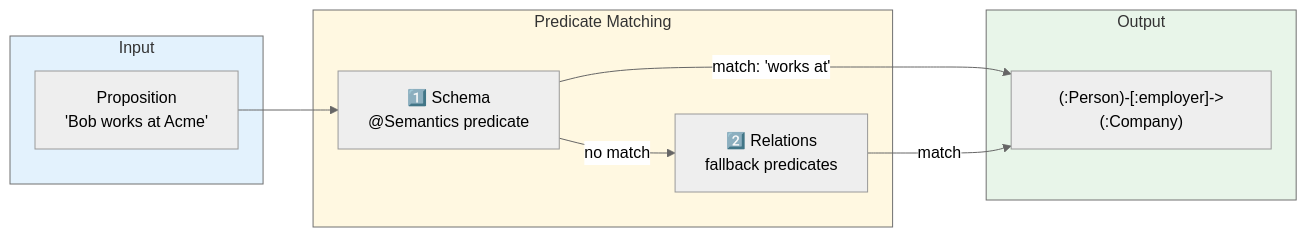
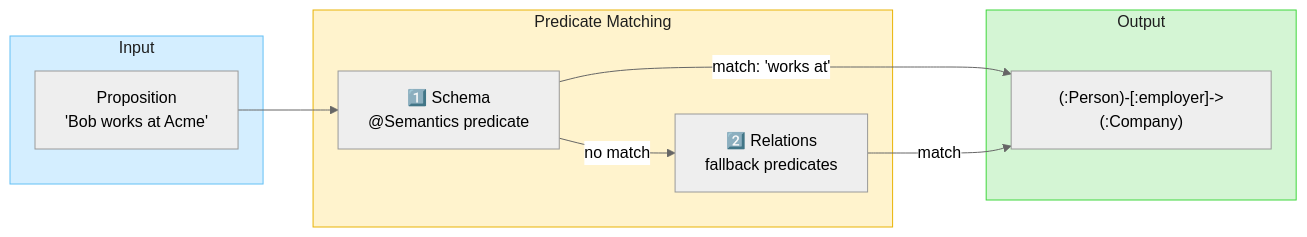
The third of 4 diagrams in README.md (embabel/dice), drawn with Mermaid (neutral theme) before and after one commit. The commit also changed other lines of this file and 1 other file, not shown here.

````diff
--- a/README.md
+++ b/README.md
@@ -278,24 +278,24 @@
 ```mermaid
 flowchart LR
     subgraph Input
         Prop["Proposition<br/>'Bob works at Acme'"]
     end
 
     subgraph Matching["Predicate Matching"]
         Schema["1️⃣ Schema<br/>@Semantics predicate"]
         Rel["2️⃣ Relations<br/>fallback predicates"]
     end
 
     subgraph Output
         Graph["(:Person)-[:employer]->(:Company)"]
     end
 
     Prop --> Schema
     Schema -->|"match: 'works at'"| Graph
     Schema -->|"no match"| Rel
     Rel -->|"match"| Graph
 
-    style Input fill:#e3f2fd
-    style Matching fill:#fff8e1
-    style Output fill:#e8f5e9
+    style Input fill:#d4eeff,stroke:#63c0f5,color:#1e1e1e
+    style Matching fill:#fff3cd,stroke:#e9b306,color:#1e1e1e
+    style Output fill:#d4f5d4,stroke:#3fd73c,color:#1e1e1e
 ```
````
